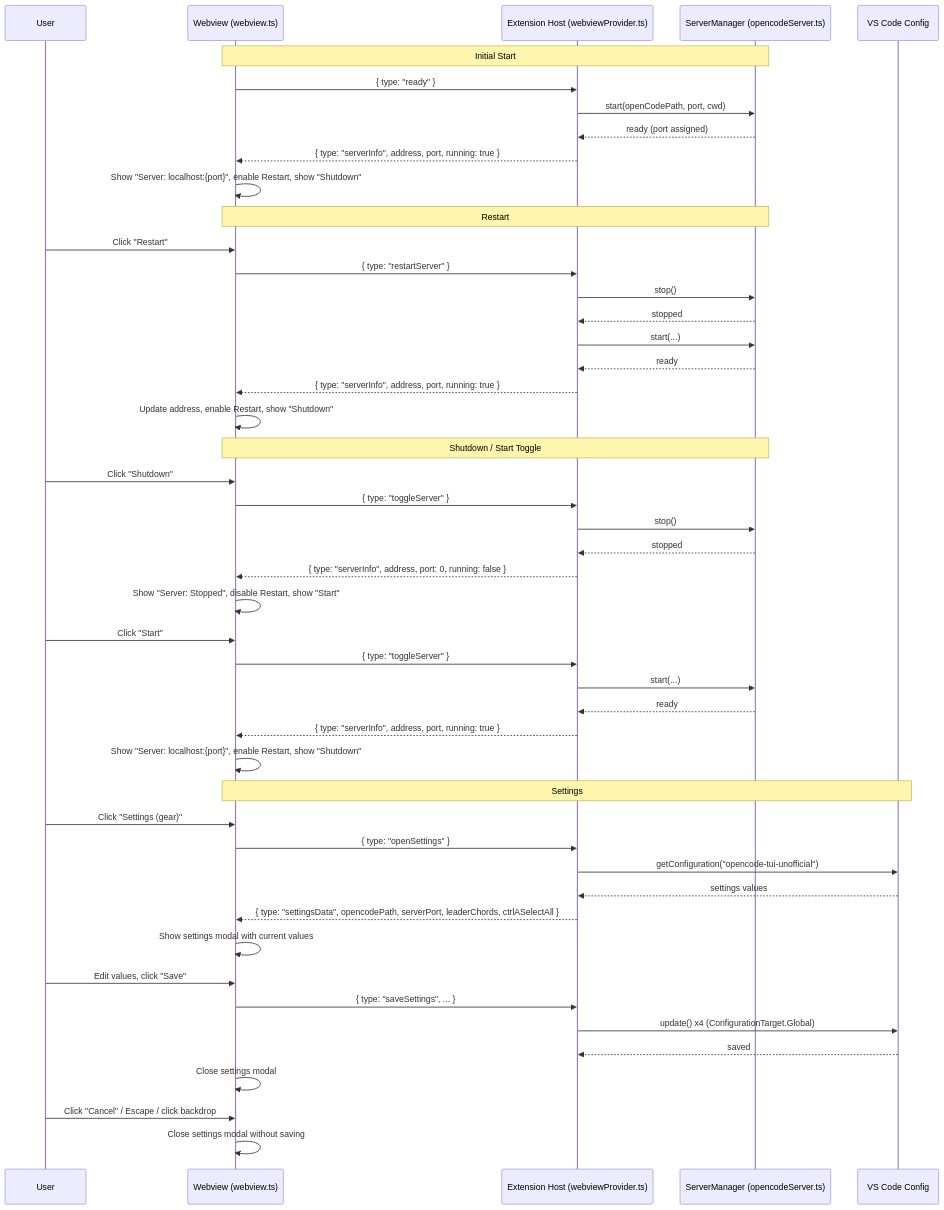
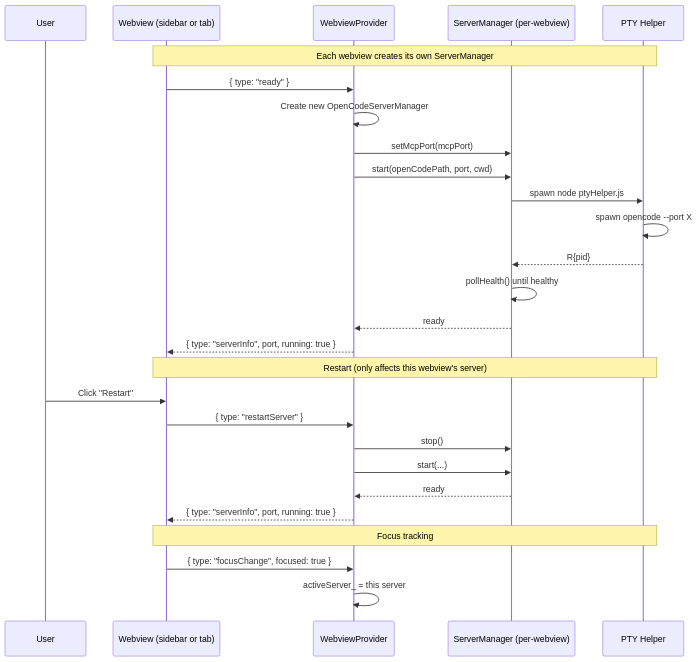
The second of 3 diagrams in docs/diagrams/statusbar-flow.md (ilgizar-valiullin/opencode-tui-for-vscode), drawn with Mermaid before and after one commit. The commit also changed other lines of this file and 17 other files, not shown here.

Commit message:
bump 1.5.0: refactor server lifecycle — separate sidebar/tab instances, remove global singleton

````diff
--- a/docs/diagrams/statusbar-flow.md
+++ b/docs/diagrams/statusbar-flow.md
@@ -5,57 +40,33 @@
 ```mermaid
 sequenceDiagram
     participant User
-    participant Webview as Webview (webview.ts)
-    participant Ext as Extension Host (webviewProvider.ts)
-    participant SM as ServerManager (opencodeServer.ts)
-    participant Config as VS Code Config
+    participant WV as Webview (sidebar or tab)
+    participant Prov as WebviewProvider
+    participant SM as ServerManager (per-webview)
+    participant PTY as PTY Helper
 
-    Note over Webview,SM: Initial Start
-    Webview->>Ext: { type: "ready" }
-    Ext->>SM: start(openCodePath, port, cwd)
-    SM-->>Ext: ready (port assigned)
-    Ext-->>Webview: { type: "serverInfo", address, port, running: true }
-    Webview->>Webview: Show "Server: localhost:{port}", enable Restart, show "Shutdown"
+    Note over WV,PTY: Each webview creates its own ServerManager
 
-    Note over Webview,SM: Restart
-    User->>Webview: Click "Restart"
-    Webview->>Ext: { type: "restartServer" }
-    Ext->>SM: stop()
-    SM-->>Ext: stopped
-    Ext->>SM: start(...)
-    SM-->>Ext: ready
-    Ext-->>Webview: { type: "serverInfo", address, port, running: true }
-    Webview->>Webview: Update address, enable Restart, show "Shutdown"
+    WV->>Prov: { type: "ready" }
+    Prov->>Prov: Create new OpenCodeServerManager
+    Prov->>SM: setMcpPort(mcpPort)
+    Prov->>SM: start(openCodePath, port, cwd)
+    SM->>PTY: spawn node ptyHelper.js
+    PTY->>PTY: spawn opencode --port X
+    PTY-->>SM: R{pid}
+    SM->>SM: pollHealth() until healthy
+    SM-->>Prov: ready
+    Prov-->>WV: { type: "serverInfo", port, running: true }
 
-    Note over Webview,SM: Shutdown / Start Toggle
-    User->>Webview: Click "Shutdown"
-    Webview->>Ext: { type: "toggleServer" }
-    Ext->>SM: stop()
-    SM-->>Ext: stopped
-    Ext-->>Webview: { type: "serverInfo", address, port: 0, running: false }
-    Webview->>Webview: Show "Server: Stopped", disable Restart, show "Start"
+    Note over WV,PTY: Restart (only affects this webview's server)
+    User->>WV: Click "Restart"
+    WV->>Prov: { type: "restartServer" }
+    Prov->>SM: stop()
+    Prov->>SM: start(...)
+    SM-->>Prov: ready
+    Prov-->>WV: { type: "serverInfo", port, running: true }
 
-    User->>Webview: Click "Start"
-    Webview->>Ext: { type: "toggleServer" }
-    Ext->>SM: start(...)
-    SM-->>Ext: ready
-    Ext-->>Webview: { type: "serverInfo", address, port, running: true }
-    Webview->>Webview: Show "Server: localhost:{port}", enable Restart, show "Shutdown"
-
-    Note over Webview,Config: Settings
-    User->>Webview: Click "Settings (gear)"
-    Webview->>Ext: { type: "openSettings" }
-    Ext->>Config: getConfiguration("opencode-tui-unofficial")
-    Config-->>Ext: settings values
-    Ext-->>Webview: { type: "settingsData", opencodePath, serverPort, leaderChords, ctrlASelectAll }
-    Webview->>Webview: Show settings modal with current values
-
-    User->>Webview: Edit values, click "Save"
-    Webview->>Ext: { type: "saveSettings", ... }
-    Ext->>Config: update() x4 (ConfigurationTarget.Global)
-    Config-->>Ext: saved
-    Webview->>Webview: Close settings modal
-
-    User->>Webview: Click "Cancel" / Escape / click backdrop
-    Webview->>Webview: Close settings modal without saving
+    Note over WV,PTY: Focus tracking
+    WV->>Prov: { type: "focusChange", focused: true }
+    Prov->>Prov: activeServer_ = this server
 ```
````
